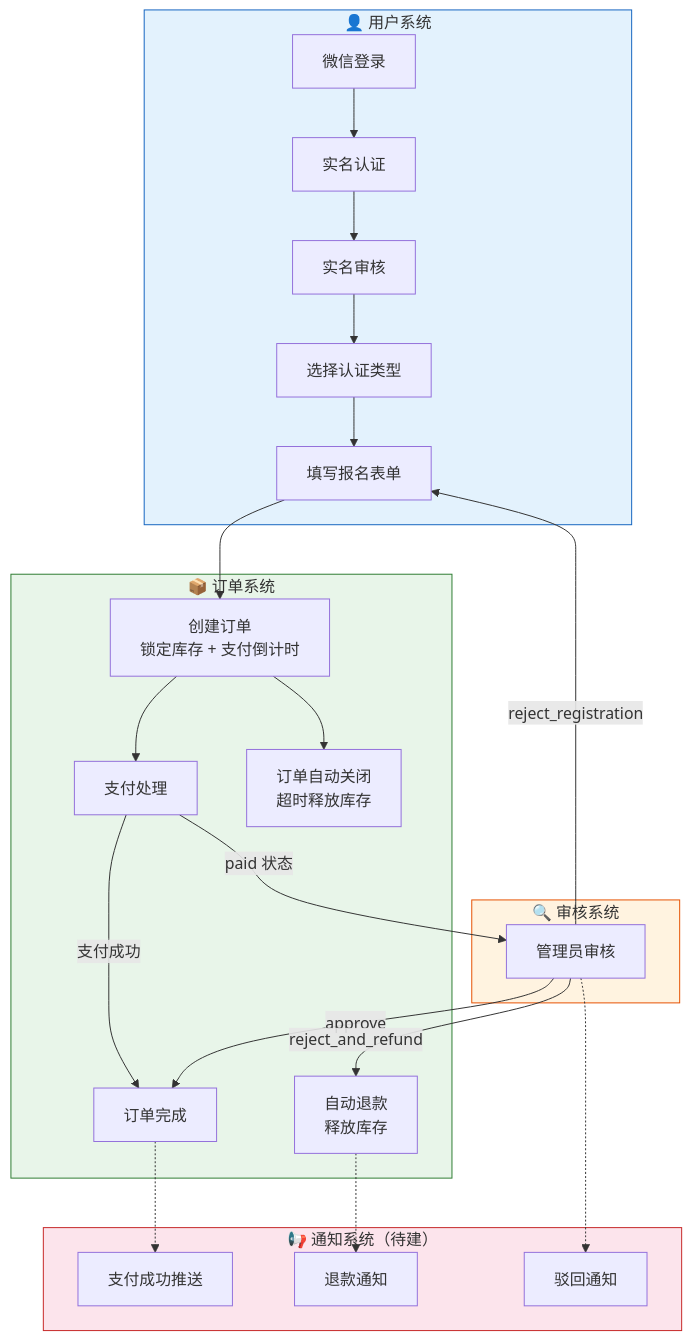
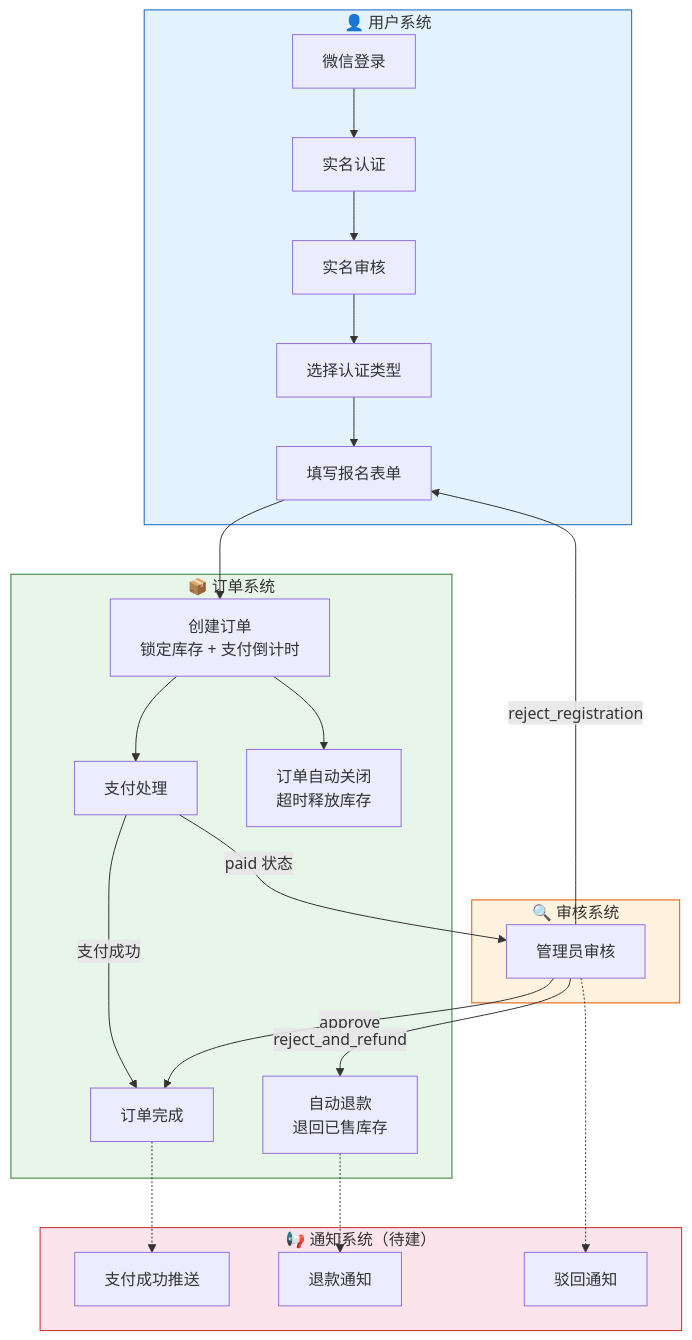
The second of 4 diagrams in docs/认证业务流程.md (BishengTeam/Backend), drawn with Mermaid before and after one commit. The commit also changed other lines of this file and 64 other files, not shown here.

````diff
--- a/docs/认证业务流程.md
+++ b/docs/认证业务流程.md
@@ -29,44 +29,44 @@
 ```mermaid
 flowchart TD
     subgraph user["👤 用户系统"]
         A1[微信登录]
         A2[实名认证]
         A3[实名审核]
         A4[选择认证类型]
         A5[填写报名表单]
         A1 --> A2 --> A3 --> A4 --> A5
     end
 
     subgraph order["📦 订单系统"]
         B1[创建订单<br/>锁定库存 + 支付倒计时]
         B2[支付处理]
         B3[订单自动关闭<br/>超时释放库存]
         B4[订单完成]
-        B5[自动退款<br/>释放库存]
+        B5[自动退款<br/>退回已售库存]
         A5 --> B1 --> B2
         B1 --> B3
         B2 -->|支付成功| B4
     end
 
     subgraph review["🔍 审核系统"]
         C1[管理员审核]
         B2 -->|paid 状态| C1
         C1 -->|approve| B4
         C1 -->|reject_registration| A5
         C1 -->|reject_and_refund| B5
     end
 
     subgraph notify["📢 通知系统（待建）"]
         D1[支付成功推送]
         D2[退款通知]
         D3[驳回通知]
         B4 -.-> D1
         B5 -.-> D2
         C1 -.-> D3
     end
 
     style user fill:#e3f2fd,stroke:#1565c0
     style order fill:#e8f5e9,stroke:#2e7d32
     style review fill:#fff3e0,stroke:#e65100
     style notify fill:#fce4ec,stroke:#c62828
 ```
````
